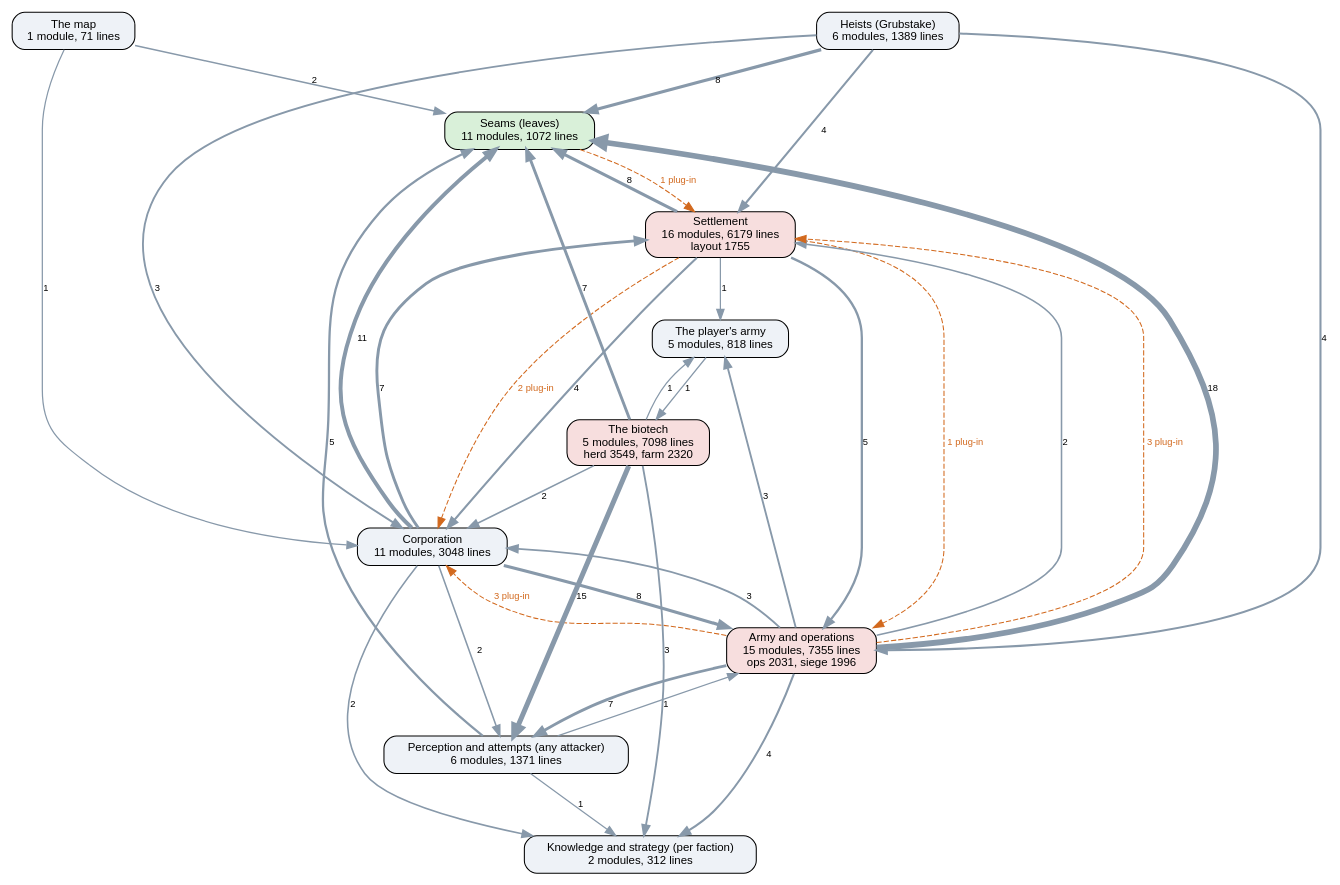
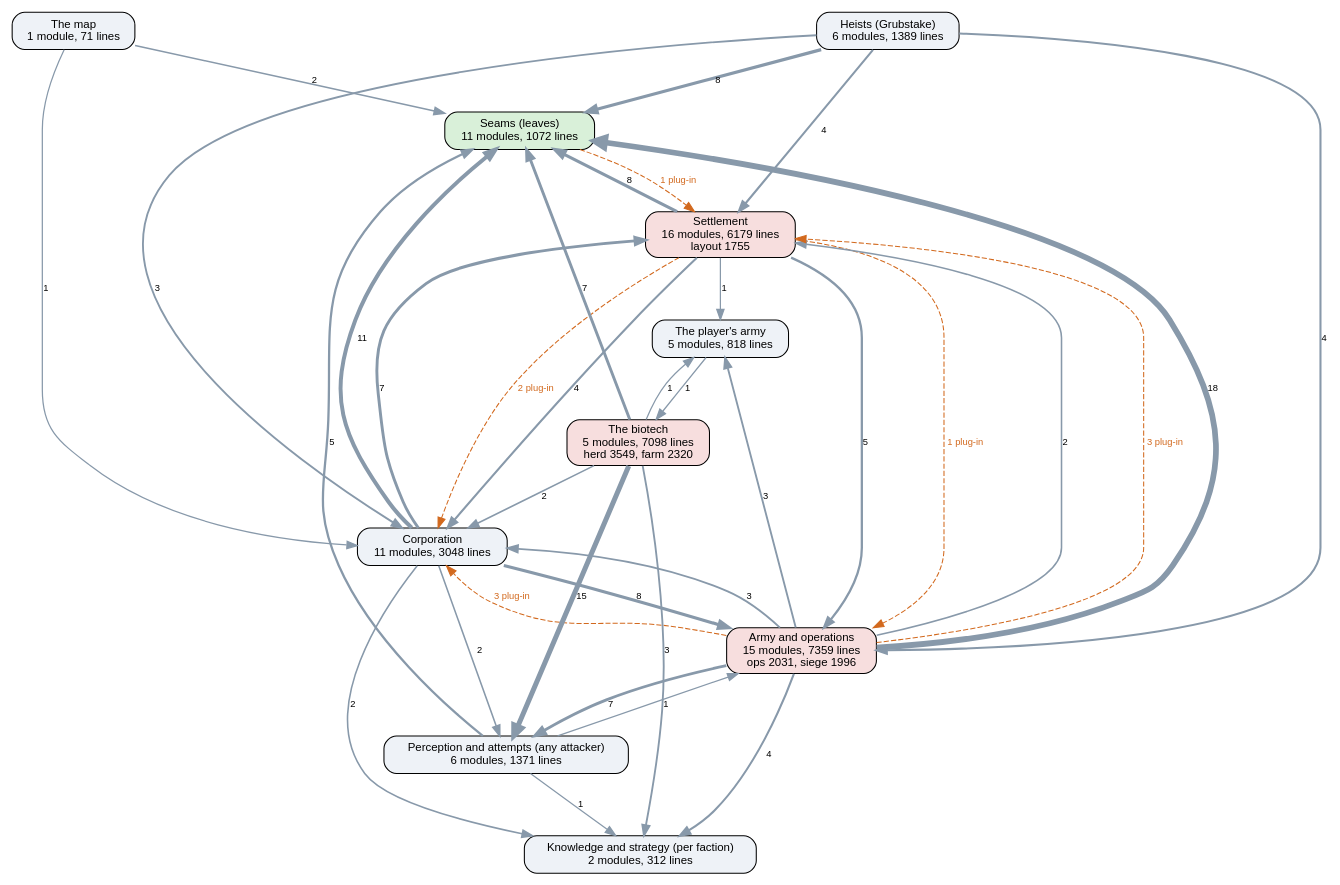
Before and after one commit to kinelhu/landing-party: the diagram in docs/ai-layers.dot, drawn with Graphviz. The commit also changed 2 other files, not shown here.

Commit message:
AI graph regenerated for 0.2.208
Claude-Session: https://claude.ai/code/session_01YPbUe2yxhh4FrHKpCCj9Mp

```diff
--- a/docs/ai-layers.dot
+++ b/docs/ai-layers.dot
@@ -1,50 +1,50 @@
 digraph layers {
   graph [rankdir=TB, fontname="Helvetica", nodesep=0.5, ranksep=0.7];
   node [shape=box, style="rounded,filled", fontname="Helvetica", fontsize=11, fillcolor="#eef2f7"];
   edge [color="#8899aa", fontname="Helvetica", fontsize=9];
   "Seams (leaves)" [label="Seams (leaves)\n11 modules, 1072 lines", fillcolor="#d9f0d9"];
   "Perception and attempts (any attacker)" [label="Perception and attempts (any attacker)\n6 modules, 1371 lines", fillcolor="#eef2f7"];
   "Knowledge and strategy (per faction)" [label="Knowledge and strategy (per faction)\n2 modules, 312 lines", fillcolor="#eef2f7"];
   "Corporation" [label="Corporation\n11 modules, 3048 lines", fillcolor="#eef2f7"];
   "Settlement" [label="Settlement\n16 modules, 6179 lines\nlayout 1755", fillcolor="#f7dede"];
-  "Army and operations" [label="Army and operations\n15 modules, 7355 lines\nops 2031, siege 1996", fillcolor="#f7dede"];
+  "Army and operations" [label="Army and operations\n15 modules, 7359 lines\nops 2031, siege 1996", fillcolor="#f7dede"];
   "Heists (Grubstake)" [label="Heists (Grubstake)\n6 modules, 1389 lines", fillcolor="#eef2f7"];
   "The biotech" [label="The biotech\n5 modules, 7098 lines\nherd 3549, farm 2320", fillcolor="#f7dede"];
   "The map" [label="The map\n1 module, 71 lines", fillcolor="#eef2f7"];
   "The player's army" [label="The player's army\n5 modules, 818 lines", fillcolor="#eef2f7"];
   "Army and operations" -> "Corporation" [label="3", penwidth=1.8];
   "Army and operations" -> "Knowledge and strategy (per faction)" [label="4", penwidth=2.0];
   "Army and operations" -> "Perception and attempts (any attacker)" [label="7", penwidth=2.8];
   "Army and operations" -> "Seams (leaves)" [label="18", penwidth=5.5];
   "Army and operations" -> "Settlement" [label="2", penwidth=1.5];
   "Army and operations" -> "The player's army" [label="3", penwidth=1.8];
   "Corporation" -> "Army and operations" [label="8", penwidth=3.0];
   "Corporation" -> "Knowledge and strategy (per faction)" [label="2", penwidth=1.5];
   "Corporation" -> "Perception and attempts (any attacker)" [label="2", penwidth=1.5];
   "Corporation" -> "Seams (leaves)" [label="11", penwidth=3.8];
   "Corporation" -> "Settlement" [label="7", penwidth=2.8];
   "Heists (Grubstake)" -> "Army and operations" [label="4", penwidth=2.0];
   "Heists (Grubstake)" -> "Corporation" [label="3", penwidth=1.8];
   "Heists (Grubstake)" -> "Seams (leaves)" [label="8", penwidth=3.0];
   "Heists (Grubstake)" -> "Settlement" [label="4", penwidth=2.0];
   "Perception and attempts (any attacker)" -> "Army and operations" [label="1", penwidth=1.2];
   "Perception and attempts (any attacker)" -> "Knowledge and strategy (per faction)" [label="1", penwidth=1.2];
   "Perception and attempts (any attacker)" -> "Seams (leaves)" [label="5", penwidth=2.2];
   "Settlement" -> "Army and operations" [label="5", penwidth=2.2];
   "Settlement" -> "Corporation" [label="4", penwidth=2.0];
   "Settlement" -> "Seams (leaves)" [label="8", penwidth=3.0];
   "Settlement" -> "The player's army" [label="1", penwidth=1.2];
   "The biotech" -> "Corporation" [label="2", penwidth=1.5];
   "The biotech" -> "Knowledge and strategy (per faction)" [label="3", penwidth=1.8];
   "The biotech" -> "Perception and attempts (any attacker)" [label="15", penwidth=4.8];
   "The biotech" -> "Seams (leaves)" [label="7", penwidth=2.8];
   "The biotech" -> "The player's army" [label="1", penwidth=1.2];
   "The map" -> "Corporation" [label="1", penwidth=1.2];
   "The map" -> "Seams (leaves)" [label="2", penwidth=1.5];
   "The player's army" -> "The biotech" [label="1", penwidth=1.2];
   "Army and operations" -> "Corporation" [style=dashed, color="#d2691e", fontcolor="#d2691e", label="3 plug-in"];
   "Army and operations" -> "Settlement" [style=dashed, color="#d2691e", fontcolor="#d2691e", label="3 plug-in"];
   "Seams (leaves)" -> "Settlement" [style=dashed, color="#d2691e", fontcolor="#d2691e", label="1 plug-in"];
   "Settlement" -> "Army and operations" [style=dashed, color="#d2691e", fontcolor="#d2691e", label="1 plug-in"];
   "Settlement" -> "Corporation" [style=dashed, color="#d2691e", fontcolor="#d2691e", label="2 plug-in"];
 }
```
